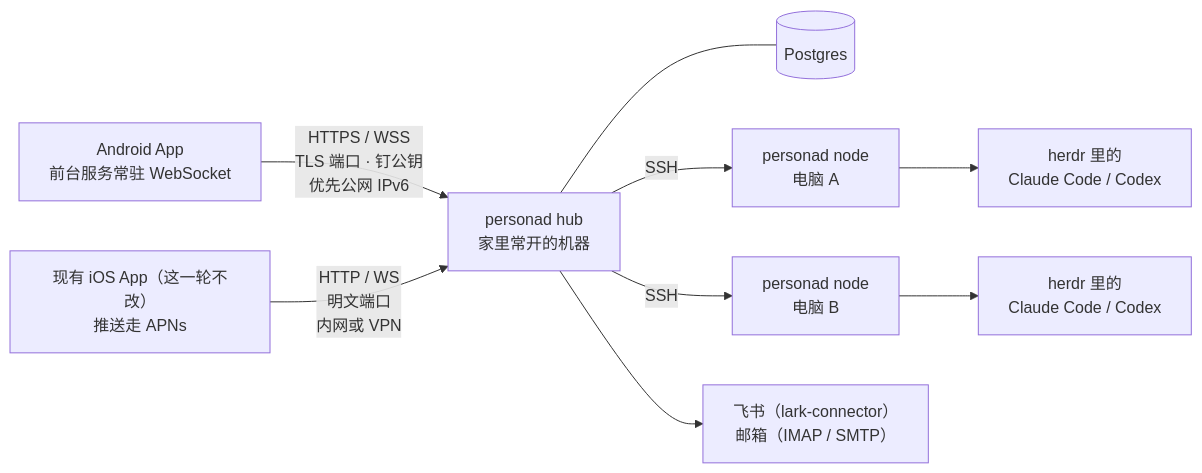
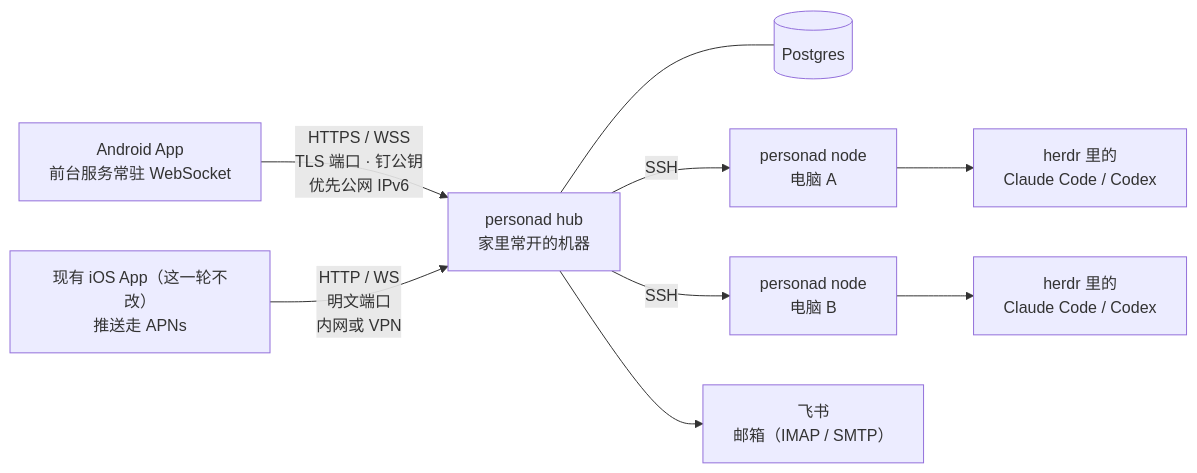
One commit to 413180794/persona changed the first of 15 diagrams in docs/redesign/flows.md. Above: the diagram before and after it, drawn with Mermaid. The commit also changed 342 other files, not shown here.

````diff
--- a/docs/redesign/flows.md
+++ b/docs/redesign/flows.md
@@ -31,11 +31,11 @@
 ```mermaid
 flowchart LR
   A["Android App<br/>前台服务常驻 WebSocket"] -- "HTTPS / WSS<br/>TLS 端口 · 钉公钥<br/>优先公网 IPv6" --> H["personad hub<br/>家里常开的机器"]
   I["现有 iOS App（这一轮不改）<br/>推送走 APNs"] -- "HTTP / WS<br/>明文端口<br/>内网或 VPN" --> H
   H --- P[("Postgres")]
   H -- "SSH" --> N1["personad node<br/>电脑 A"]
   H -- "SSH" --> N2["personad node<br/>电脑 B"]
   N1 --> C1["herdr 里的<br/>Claude Code / Codex"]
   N2 --> C2["herdr 里的<br/>Claude Code / Codex"]
-  H --> X["飞书（lark-connector）<br/>邮箱（IMAP / SMTP）"]
+  H --> X["飞书<br/>邮箱（IMAP / SMTP）"]
 ```
````
